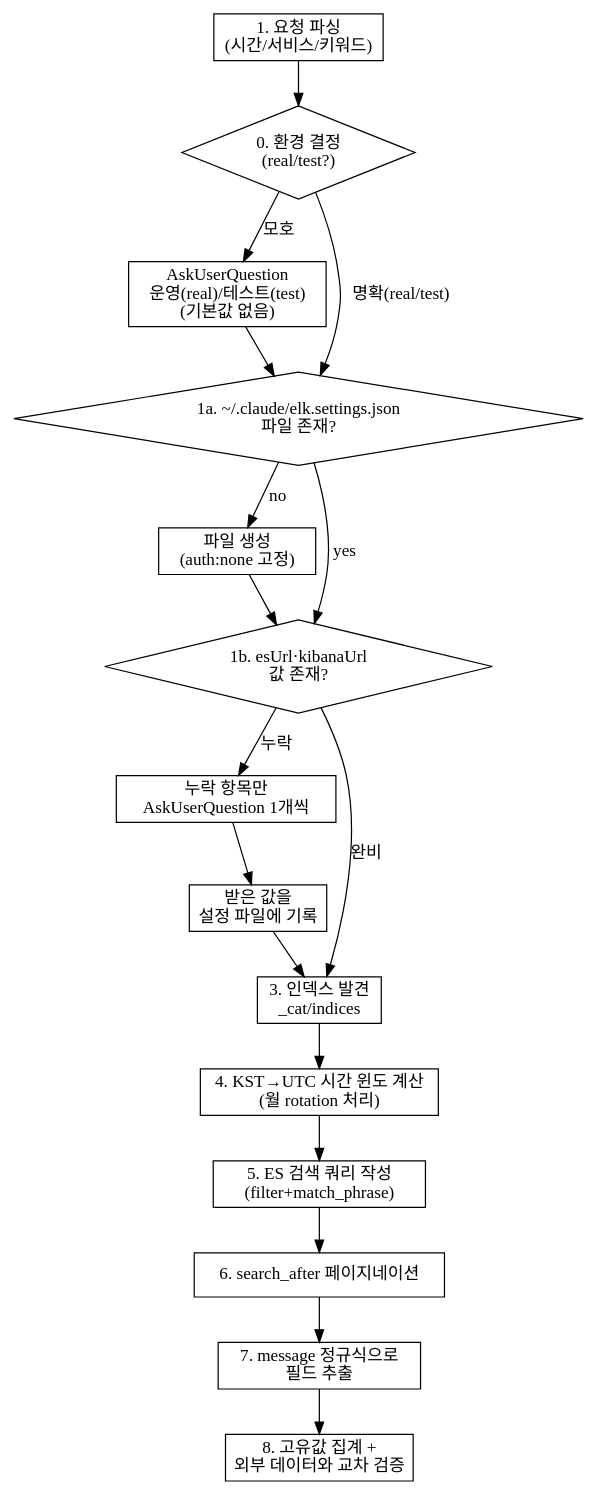
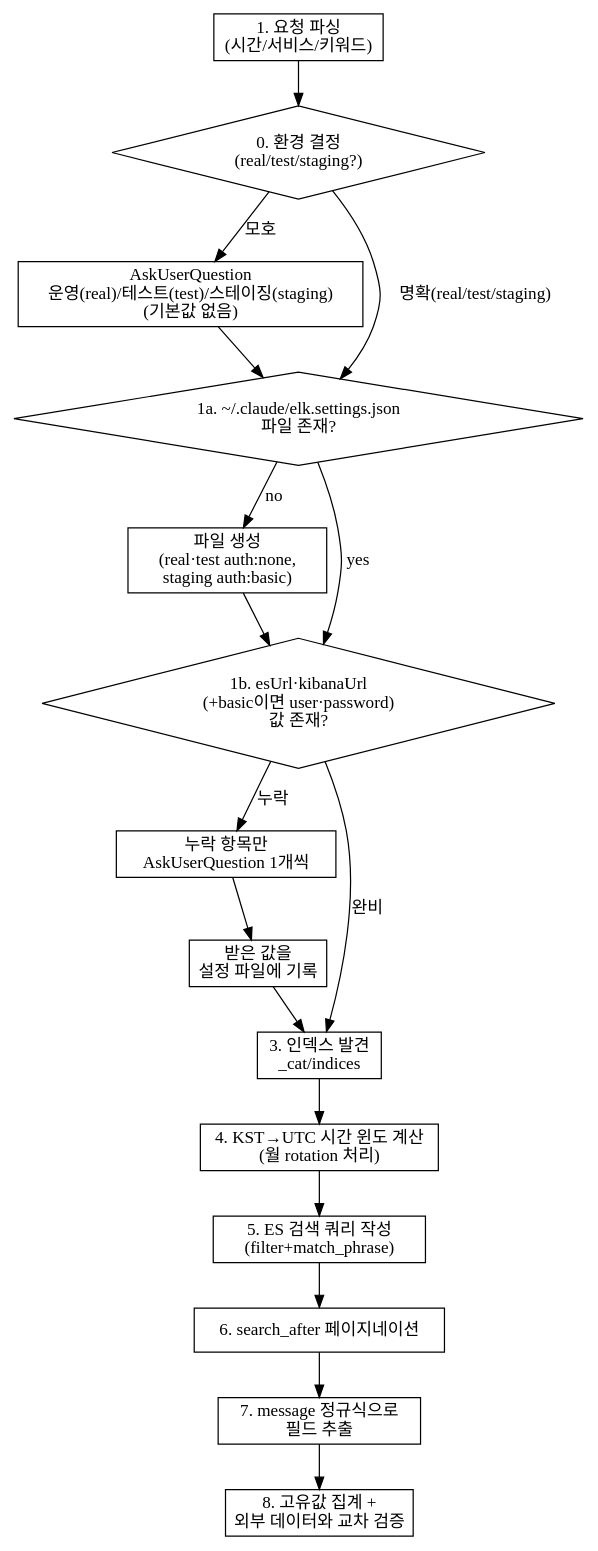
The diagram in skills/fetch-elk/SKILL.md (YoonbeomSo/oh-my-beom), drawn with Graphviz before and after one commit. The commit also changed other lines of this file and 3 other files, not shown here.

First line of the commit message:
feat: fetch-elk에 staging(OpenSearch·basic 인증) 환경 추가 (v2.27.0)

````diff
--- a/skills/fetch-elk/SKILL.md
+++ b/skills/fetch-elk/SKILL.md
@@ -31,38 +34,38 @@
 ```dot
 digraph fetch_elk {
     rankdir=TB;
     node [shape=box];
 
     parse [label="1. 요청 파싱\n(시간/서비스/키워드)"];
-    decide_env [label="0. 환경 결정\n(real/test?)" shape=diamond];
-    ask_env [label="AskUserQuestion\n운영(real)/테스트(test)\n(기본값 없음)"];
+    decide_env [label="0. 환경 결정\n(real/test/staging?)" shape=diamond];
+    ask_env [label="AskUserQuestion\n운영(real)/테스트(test)/스테이징(staging)\n(기본값 없음)"];
     check_file [label="1a. ~/.claude/elk.settings.json\n파일 존재?" shape=diamond];
-    create_file [label="파일 생성\n(auth:none 고정)"];
-    check_fields [label="1b. esUrl·kibanaUrl\n값 존재?" shape=diamond];
+    create_file [label="파일 생성\n(real·test auth:none,\nstaging auth:basic)"];
+    check_fields [label="1b. esUrl·kibanaUrl\n(+basic이면 user·password)\n값 존재?" shape=diamond];
     ask_one [label="누락 항목만\nAskUserQuestion 1개씩"];
     write_back [label="받은 값을\n설정 파일에 기록"];
     discover [label="3. 인덱스 발견\n_cat/indices"];
     window [label="4. KST→UTC 시간 윈도 계산\n(월 rotation 처리)"];
     query [label="5. ES 검색 쿼리 작성\n(filter+match_phrase)"];
     paginate [label="6. search_after 페이지네이션"];
     extract [label="7. message 정규식으로\n필드 추출"];
     aggregate [label="8. 고유값 집계 +\n외부 데이터와 교차 검증"];
 
     parse -> decide_env;
-    decide_env -> check_file [label="명확(real/test)"];
+    decide_env -> check_file [label="명확(real/test/staging)"];
     decide_env -> ask_env [label="모호"];
     ask_env -> check_file;
     check_file -> create_file [label="no"];
     check_file -> check_fields [label="yes"];
     create_file -> check_fields;
     check_fields -> ask_one [label="누락"];
     check_fields -> discover [label="완비"];
     ask_one -> write_back;
     write_back -> discover;
     discover -> window;
     window -> query;
     query -> paginate;
     paginate -> extract;
     extract -> aggregate;
 }
 ```
````
